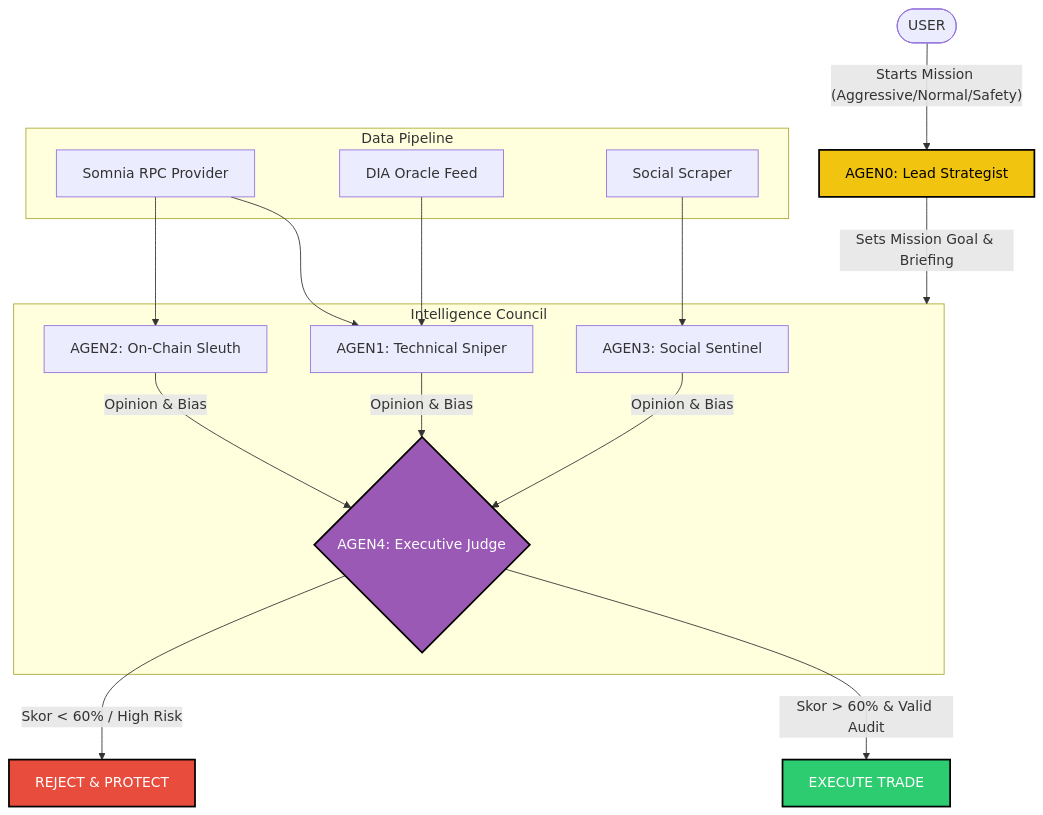
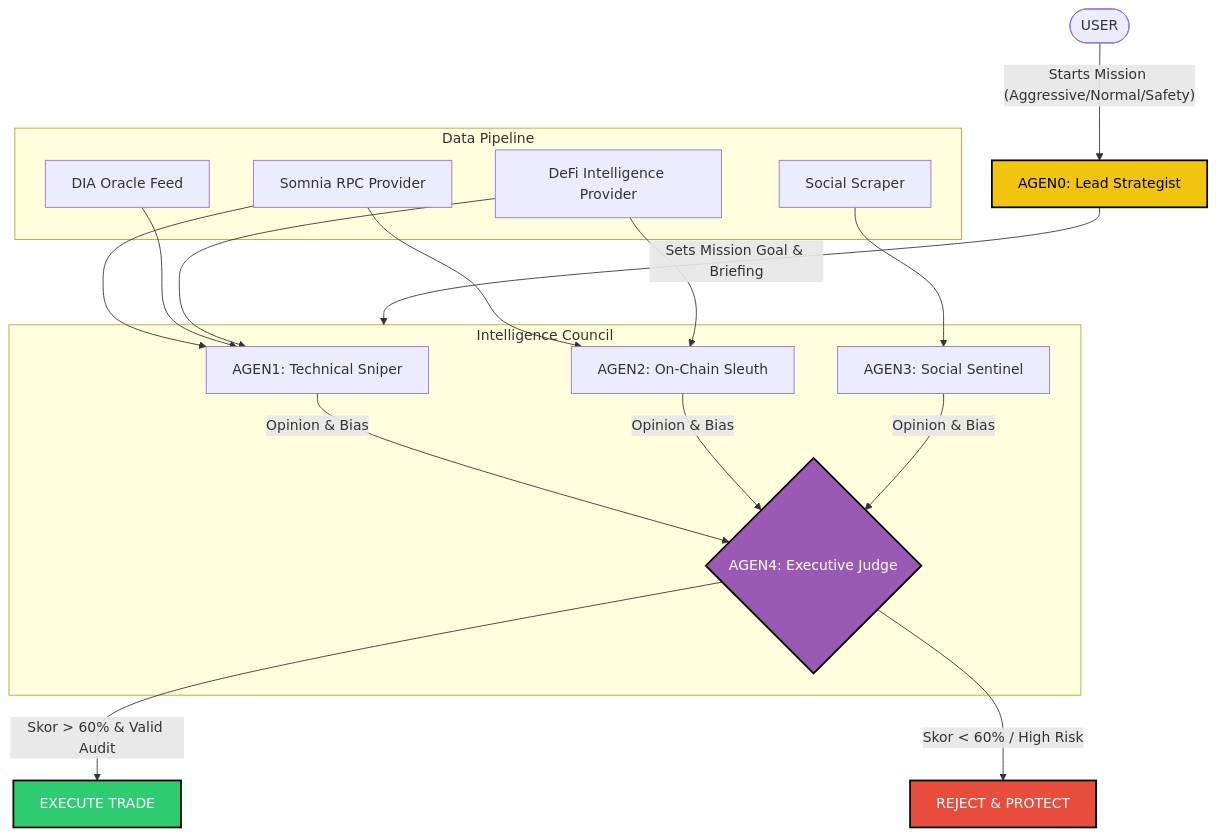
The diagram in docs/ARCHITECTURE.md (apilpirmangithub/SOMNIACONCEPT), drawn with Mermaid before and after one commit. The commit also changed 2 other files, not shown here.

Commit message:
Final Audit: Fully integrated Autonomous DeFi Engine with refined docs and logic

````diff
--- a/docs/ARCHITECTURE.md
+++ b/docs/ARCHITECTURE.md
@@ -7,35 +7,37 @@
 ```mermaid
 graph TD
     User([USER]) -- "Starts Mission (Aggressive/Normal/Safety)" --> A0[AGEN0: Lead Strategist]
     
     A0 -- "Sets Mission Goal & Briefing" --> Council
     
     subgraph Data [Data Pipeline]
         D1[Somnia RPC Provider]
         D2[DIA Oracle Feed]
         D3[Social Scraper]
+        D4[DeFi Intelligence Provider]
     end
 
     subgraph Council [Intelligence Council]
         A1[AGEN1: Technical Sniper]
         A2[AGEN2: On-Chain Sleuth]
         A3[AGEN3: Social Sentinel]
         A4{AGEN4: Executive Judge}
     end
 
     D1 --> A1 & A2
     D2 --> A1
     D3 --> A3
+    D4 --> A1 & A2
 
     A1 -- "Opinion & Bias" --> A4
     A2 -- "Opinion & Bias" --> A4
     A3 -- "Opinion & Bias" --> A4
 
     A4 -- "Skor > 60% & Valid Audit" --> Exec[EXECUTE TRADE]
     A4 -- "Skor < 60% / High Risk" --> Prot[REJECT & PROTECT]
 
     style A0 fill:#f1c40f,stroke:#000,stroke-width:2px,color:#000
     style A4 fill:#9b59b6,stroke:#000,stroke-width:2px,color:#fff
     style Exec fill:#2ecc71,stroke:#000,stroke-width:2px,color:#fff
     style Prot fill:#e74c3c,stroke:#000,stroke-width:2px,color:#fff
 ```
````
